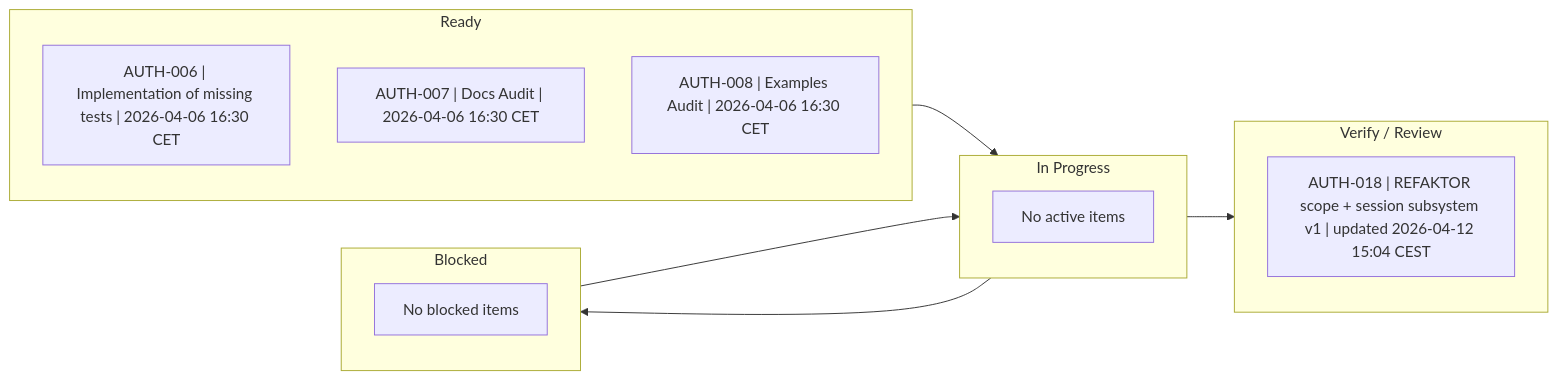
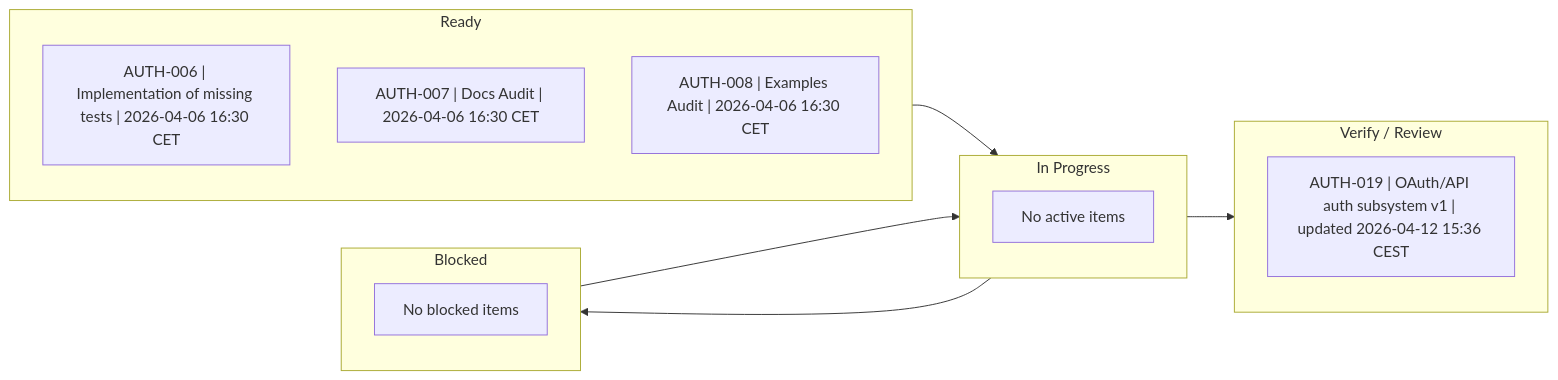
The diagram in Foundation/Auth/.agents/management/ACTIVE.md (shomsy/avax), drawn with Mermaid before and after one commit. The commit also changed 52 other files, not shown here.

Commit message:
Implement OAuth API auth subsystem

````diff
--- a/Foundation/Auth/.agents/management/ACTIVE.md
+++ b/Foundation/Auth/.agents/management/ACTIVE.md
@@ -7,25 +7,25 @@
 ```mermaid
 flowchart LR
     subgraph Ready["Ready"]
         R1["AUTH-006 | Implementation of missing tests | 2026-04-06 16:30 CET"]
         R2["AUTH-007 | Docs Audit | 2026-04-06 16:30 CET"]
         R3["AUTH-008 | Examples Audit | 2026-04-06 16:30 CET"]
     end
 
     subgraph InProgress["In Progress"]
         P0["No active items"]
     end
 
     subgraph Blocked["Blocked"]
         B0["No blocked items"]
     end
 
     subgraph Verify["Verify / Review"]
-        V1["AUTH-018 | REFAKTOR scope + session subsystem v1 | updated 2026-04-12 15:04 CEST"]
+        V1["AUTH-019 | OAuth/API auth subsystem v1 | updated 2026-04-12 15:36 CEST"]
     end
 
     Ready --> InProgress
     InProgress --> Verify
     InProgress --> Blocked
     Blocked --> InProgress
 ```
````
